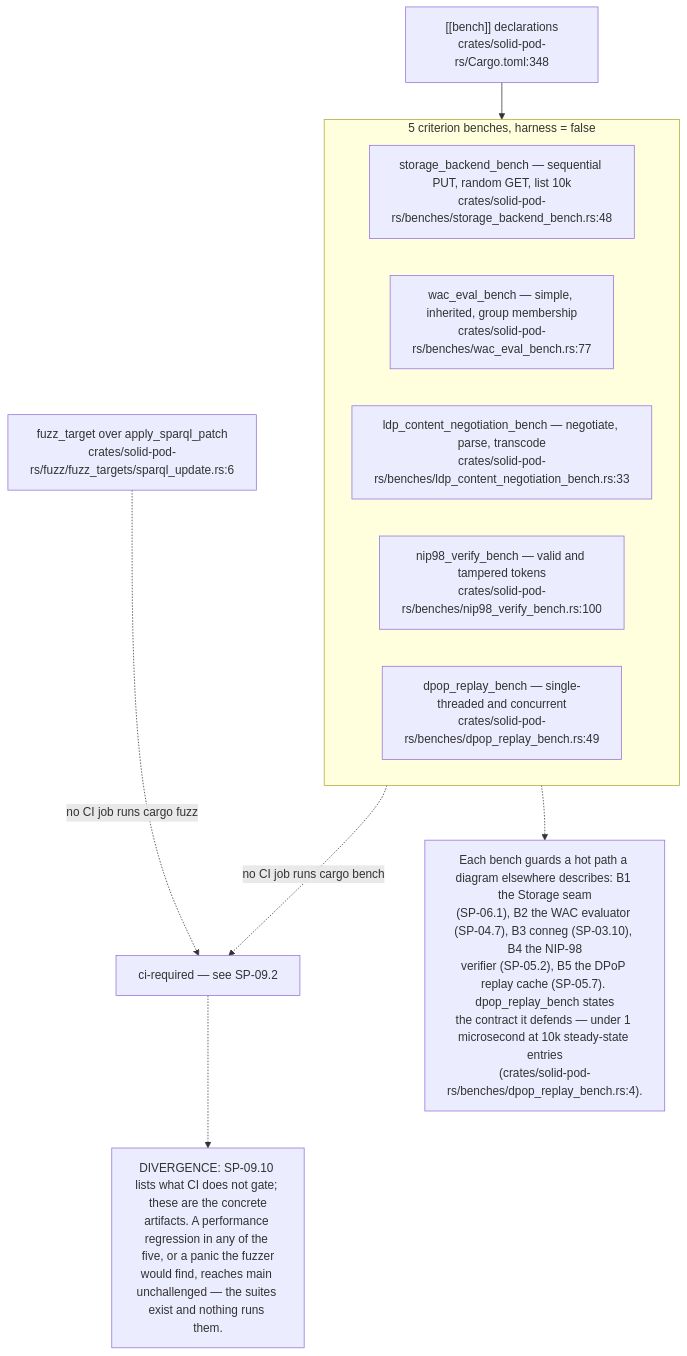
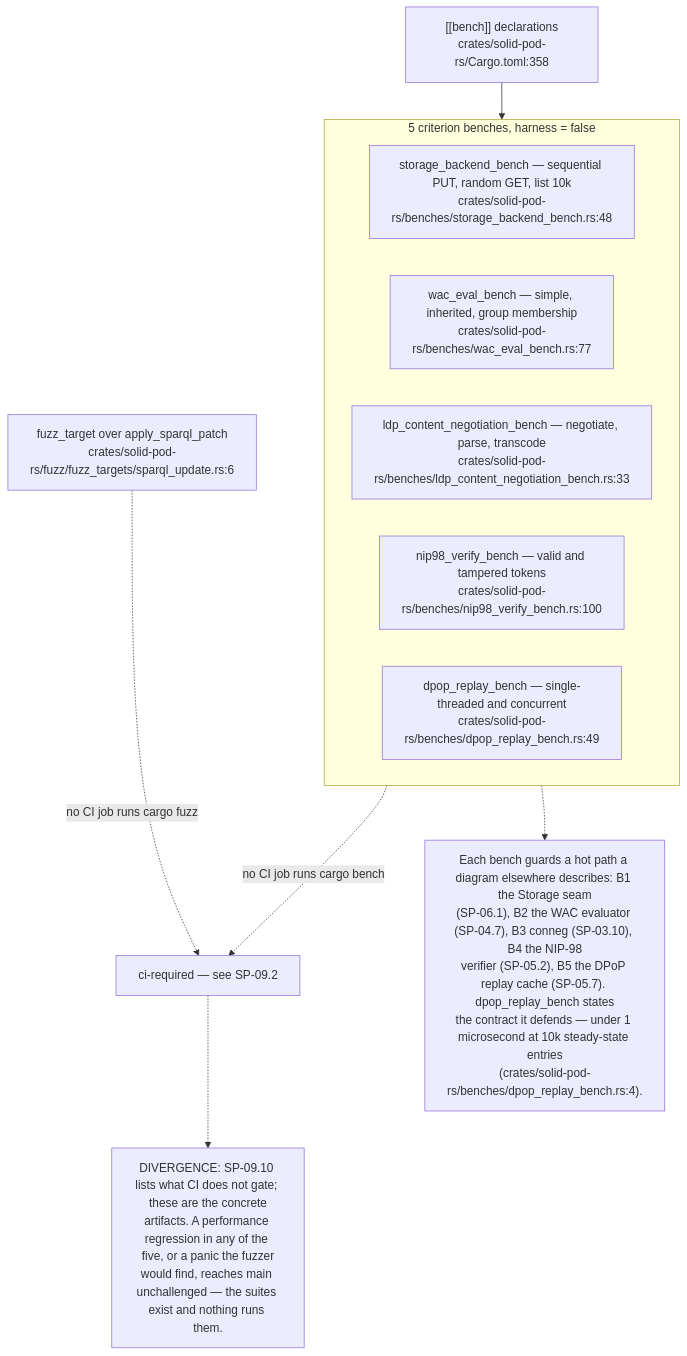
The eighth of 9 diagrams in docs/diagrams/solid-pod-rs/09-ci-release-and-consumer-pins.md (DreamLab-AI/VisionFlow), drawn with Mermaid before and after one commit. The commit also changed other lines of this file and 31 other files, not shown here.

````diff
--- a/docs/diagrams/solid-pod-rs/09-ci-release-and-consumer-pins.md
+++ b/docs/diagrams/solid-pod-rs/09-ci-release-and-consumer-pins.md
@@ -243,22 +249,22 @@
 ```mermaid
 flowchart TD
     subgraph BENCH["5 criterion benches, harness = false"]
         B1["storage_backend_bench — sequential PUT, random GET, list 10k<br/>crates/solid-pod-rs/benches/storage_backend_bench.rs:48"]
         B2["wac_eval_bench — simple, inherited, group membership<br/>crates/solid-pod-rs/benches/wac_eval_bench.rs:77"]
         B3["ldp_content_negotiation_bench — negotiate, parse, transcode<br/>crates/solid-pod-rs/benches/ldp_content_negotiation_bench.rs:33"]
         B4["nip98_verify_bench — valid and tampered tokens<br/>crates/solid-pod-rs/benches/nip98_verify_bench.rs:100"]
         B5["dpop_replay_bench — single-threaded and concurrent<br/>crates/solid-pod-rs/benches/dpop_replay_bench.rs:49"]
     end
-    DECL["[[bench]] declarations<br/>crates/solid-pod-rs/Cargo.toml:348"]
+    DECL["[[bench]] declarations<br/>crates/solid-pod-rs/Cargo.toml:358"]
     FUZZ["fuzz_target over apply_sparql_patch<br/>crates/solid-pod-rs/fuzz/fuzz_targets/sparql_update.rs:6"]
     CI["ci-required — see SP-09.2"]
 
     DECL --> BENCH
     BENCH -. "no CI job runs cargo bench" .-> CI
     FUZZ -. "no CI job runs cargo fuzz" .-> CI
 
     N["Each bench guards a hot path a diagram elsewhere describes: B1 the Storage seam<br/>(SP-06.1), B2 the WAC evaluator (SP-04.7), B3 conneg (SP-03.10), B4 the NIP-98<br/>verifier (SP-05.2), B5 the DPoP replay cache (SP-05.7). dpop_replay_bench states<br/>the contract it defends — under 1 microsecond at 10k steady-state entries<br/>(crates/solid-pod-rs/benches/dpop_replay_bench.rs:4)."]
     BENCH -.-> N
     N2["DIVERGENCE: SP-09.10 lists what CI does not gate; these are the concrete<br/>artifacts. A performance regression in any of the five, or a panic the fuzzer<br/>would find, reaches main unchallenged — the suites exist and nothing runs them."]
     CI -.-> N2
 ```
````
